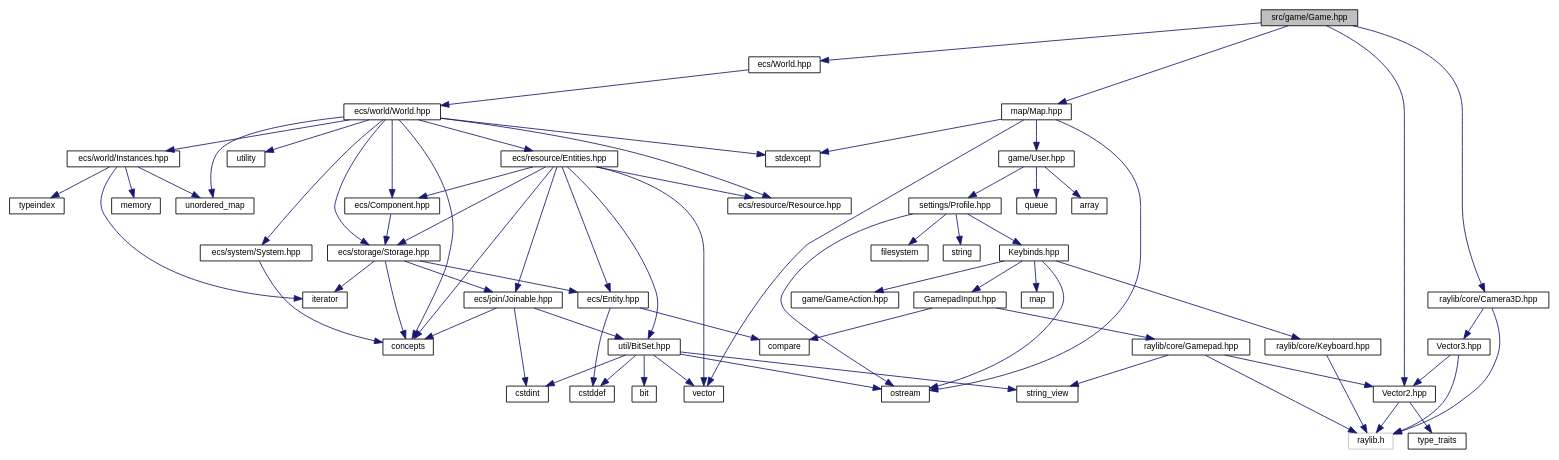
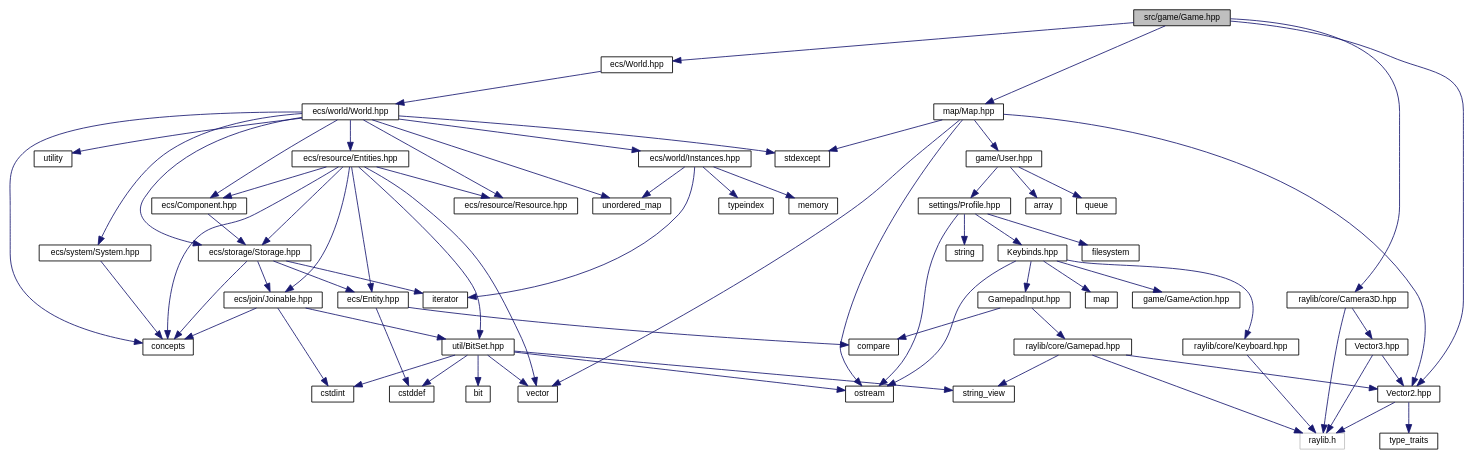
The diagram in _game_8hpp__incl.dot (MisterPeModder/Bomberman-Global-Offensive), drawn with Graphviz before and after one commit. The commit also changed 225 other files, not shown here.

```diff
--- a/_game_8hpp__incl.dot
+++ b/_game_8hpp__incl.dot
@@ -111,6 +111,7 @@
   Node34 -> Node42 [color="midnightblue",fontsize="10",style="solid",fontname="Helvetica"];
   Node42 [label="raylib/core/Keyboard.hpp",height=0.2,width=0.4,color="black", fillcolor="white", style="filled",URL="$_keyboard_8hpp.html",tooltip=" "];
   Node42 -> Node40 [color="midnightblue",fontsize="10",style="solid",fontname="Helvetica"];
+  Node27 -> Node38 [color="midnightblue",fontsize="10",style="solid",fontname="Helvetica"];
   Node1 -> Node43 [color="midnightblue",fontsize="10",style="solid",fontname="Helvetica"];
   Node43 [label="raylib/core/Camera3D.hpp",height=0.2,width=0.4,color="black", fillcolor="white", style="filled",URL="$_camera3_d_8hpp.html",tooltip=" "];
   Node43 -> Node44 [color="midnightblue",fontsize="10",style="solid",fontname="Helvetica"];
```
